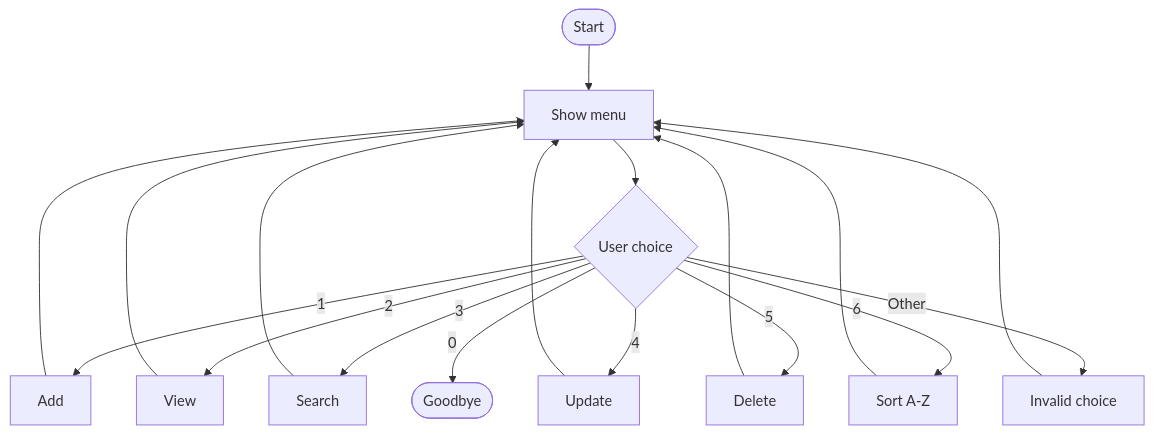
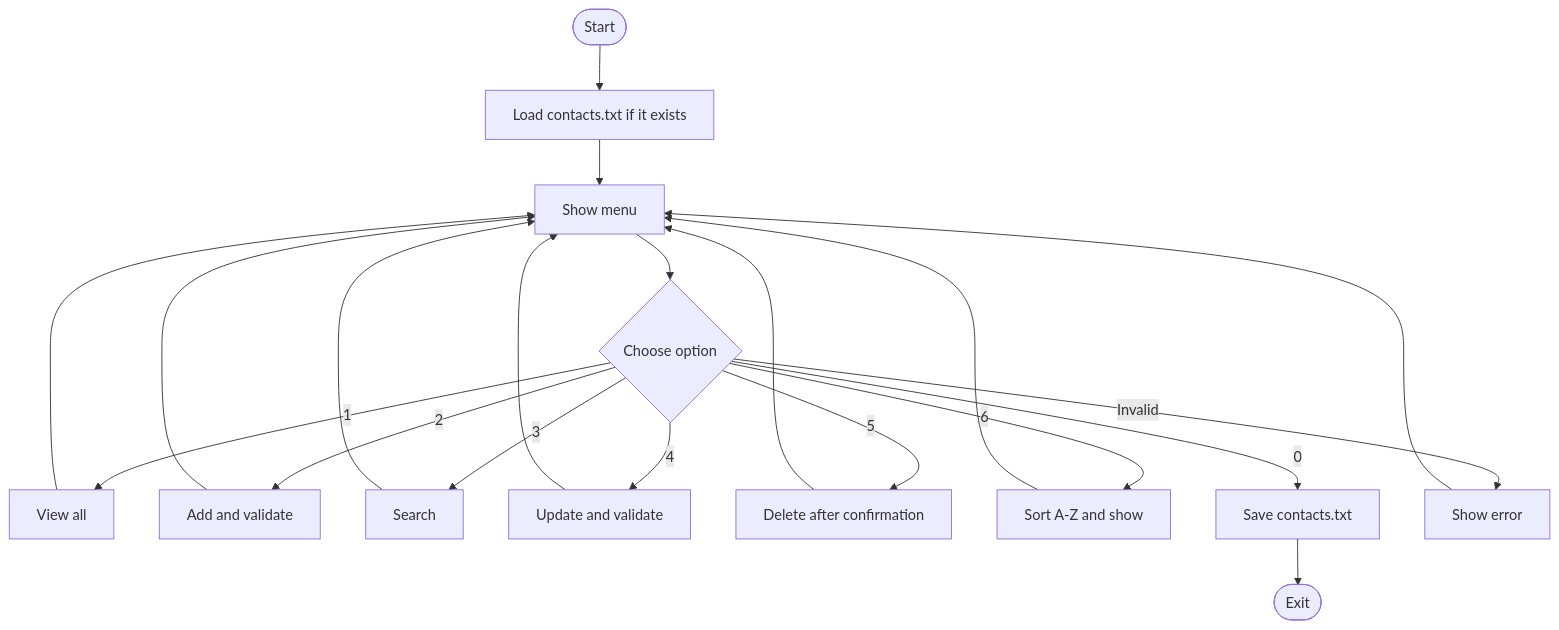
One commit to jackaldzn-blip/contact-management-workshop changed the diagram in UNDERSTANDING_CONTACT_APP.md. Above: the diagram before and after it, drawn with Mermaid. The commit also changed other lines of this file, not shown here.

````diff
--- a/UNDERSTANDING_CONTACT_APP.md
+++ b/UNDERSTANDING_CONTACT_APP.md
@@ -23,20 +58,22 @@
 ```mermaid
 flowchart TD
-    A([Start]) --> B[Show menu]
-    B --> C{User choice}
-    C -->|1| D[Add]
-    C -->|2| E[View]
-    C -->|3| F[Search]
-    C -->|4| G[Update]
-    C -->|5| H[Delete]
-    C -->|6| I[Sort A-Z]
-    C -->|0| J([Goodbye])
-    C -->|Other| K[Invalid choice]
-    D --> B
-    E --> B
-    F --> B
-    G --> B
-    H --> B
-    I --> B
-    K --> B
+    A([Start]) --> B["Load contacts.txt if it exists"]
+    B --> C["Show menu"]
+    C --> D{"Choose option"}
+    D -->|1| E["View all"]
+    D -->|2| F["Add and validate"]
+    D -->|3| G["Search"]
+    D -->|4| H["Update and validate"]
+    D -->|5| I["Delete after confirmation"]
+    D -->|6| J["Sort A-Z and show"]
+    D -->|0| K["Save contacts.txt"]
+    D -->|Invalid| L["Show error"]
+    E --> C
+    F --> C
+    G --> C
+    H --> C
+    I --> C
+    J --> C
+    L --> C
+    K --> M([Exit])
 ```
````
